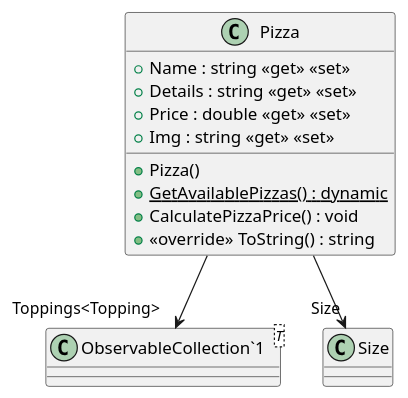
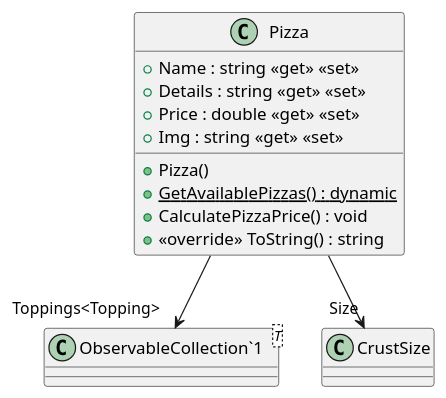
Before and after one commit to risha700/studio_II: the diagram in Models/generatedPuml/Pizza.puml, drawn with PlantUML. The commit also changed 20 other files, not shown here.

```diff
--- a/Models/generatedPuml/Pizza.puml
+++ b/Models/generatedPuml/Pizza.puml
@@ -1,16 +1,16 @@
 @startuml
 class Pizza {
     + Name : string <<get>> <<set>>
     + Details : string <<get>> <<set>>
     + Price : double <<get>> <<set>>
     + Img : string <<get>> <<set>>
     + Pizza()
     + {static} GetAvailablePizzas() : dynamic
     + CalculatePizzaPrice() : void
     + <<override>> ToString() : string
 }
 class "ObservableCollection`1"<T> {
 }
-Pizza --> "Size" Size
+Pizza --> "Size" CrustSize
 Pizza --> "Toppings<Topping>" "ObservableCollection`1"
 @enduml
```
